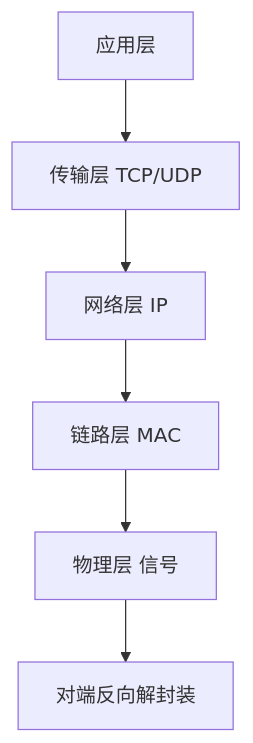
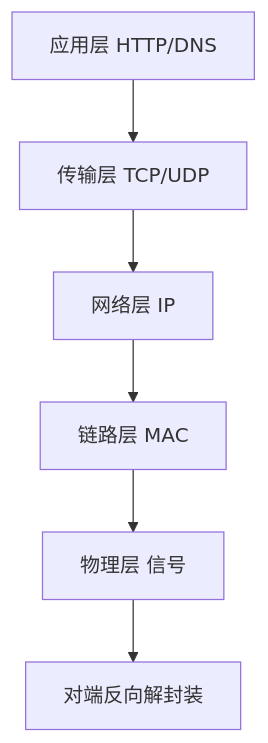
The first of 3 diagrams in frontend-knowledge-base/卷四-网络与通信/4.1-网络分层模型.md (inspire-man/frontend-knowledge-base), drawn with Mermaid before and after one commit. The commit also changed other lines of this file, not shown here.

````diff
--- a/frontend-knowledge-base/卷四-网络与通信/4.1-网络分层模型.md
+++ b/frontend-knowledge-base/卷四-网络与通信/4.1-网络分层模型.md
@@ -11,8 +11,8 @@
 ```mermaid
 flowchart TD
-    A[应用层] --> B[传输层 TCP/UDP]
+    A[应用层 HTTP/DNS] --> B[传输层 TCP/UDP]
     B --> C[网络层 IP]
     C --> D[链路层 MAC]
     D --> E[物理层 信号]
     E --> F[对端反向解封装]
 ```
````
